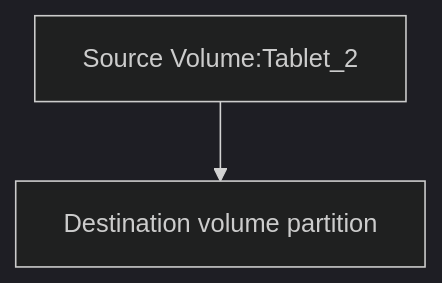
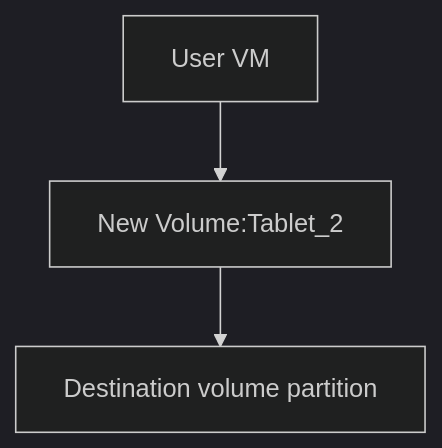
The fourth of 4 diagrams in doc/blockstore/storage/changing-media-type.md (ydb-platform/nbs), drawn with Mermaid (dark theme) before and after one commit. The commit also changed other lines of this file, not shown here.

````diff
--- a/doc/blockstore/storage/changing-media-type.md
+++ b/doc/blockstore/storage/changing-media-type.md
@@ -35,4 +51,5 @@
 ```mermaid
 flowchart TD
-    A[Source Volume:Tablet_2]  --> F[Destination volume partition]
+    A[New Volume:Tablet_2]  --> F[Destination volume partition]
+    U[User VM] --> A
 ```
````
